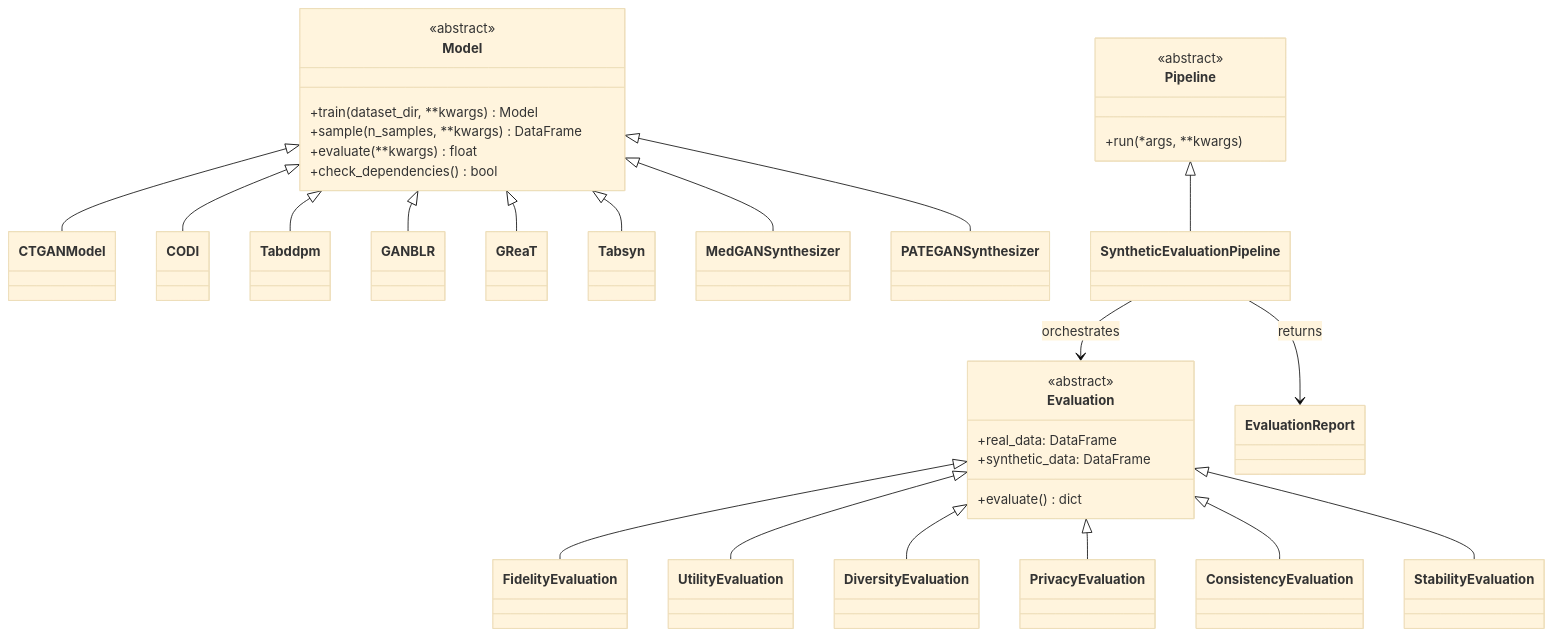
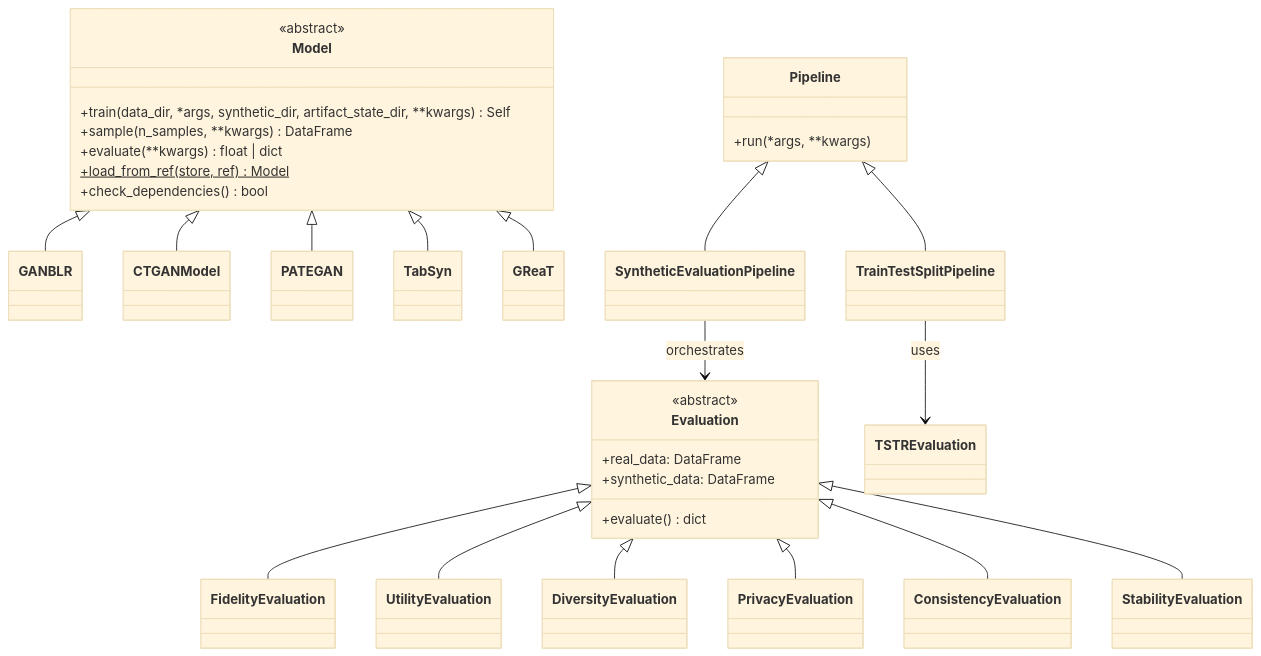
Before and after one commit to datascience-works/Katabatic: the third of 3 diagrams in ARCHITECTURE.md, drawn with Mermaid (base theme). The commit also changed other lines of this file and 10 other files, not shown here.

````diff
--- a/ARCHITECTURE.md
+++ b/ARCHITECTURE.md
@@ -76,43 +63,41 @@
 ```mermaid
 classDiagram
     class Model {
         <<abstract>>
-        +train(dataset_dir, **kwargs) Model
+        +train(data_dir, *args, synthetic_dir, artifact_state_dir, **kwargs) Self
         +sample(n_samples, **kwargs) DataFrame
-        +evaluate(**kwargs) float
+        +evaluate(**kwargs) float | dict
+        +load_from_ref(store, ref)$ Model
         +check_dependencies() bool
     }
 
     class Evaluation {
         <<abstract>>
         +real_data: DataFrame
         +synthetic_data: DataFrame
         +evaluate() dict
     }
 
     class Pipeline {
-        <<abstract>>
         +run(*args, **kwargs)
     }
 
+    Model <|-- GANBLR
     Model <|-- CTGANModel
-    Model <|-- CODI
-    Model <|-- Tabddpm
-    Model <|-- GANBLR
+    Model <|-- PATEGAN
+    Model <|-- TabSyn
     Model <|-- GReaT
-    Model <|-- Tabsyn
-    Model <|-- MedGANSynthesizer
-    Model <|-- PATEGANSynthesizer
 
     Evaluation <|-- FidelityEvaluation
     Evaluation <|-- UtilityEvaluation
     Evaluation <|-- DiversityEvaluation
     Evaluation <|-- PrivacyEvaluation
     Evaluation <|-- ConsistencyEvaluation
     Evaluation <|-- StabilityEvaluation
 
+    Pipeline <|-- TrainTestSplitPipeline
     Pipeline <|-- SyntheticEvaluationPipeline
 
     SyntheticEvaluationPipeline --> Evaluation : orchestrates
-    SyntheticEvaluationPipeline --> EvaluationReport : returns
+    TrainTestSplitPipeline --> TSTREvaluation : uses
 ```
````
